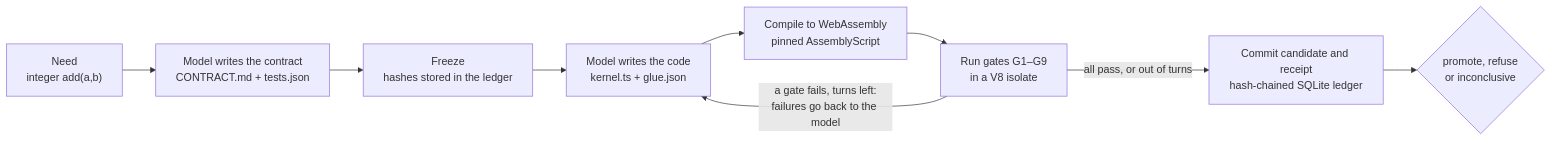
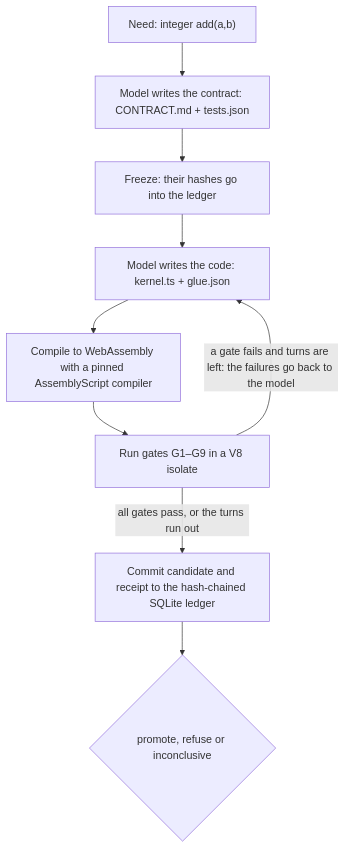
The diagram in README.md (Akilleez-QA/endoforge), drawn with Mermaid before and after one commit.

Commit message:
README: draw the loop top-down so the diagram text stays legible

````diff
--- a/README.md
+++ b/README.md
@@ -35,11 +35,11 @@
 ```mermaid
-flowchart LR
-  need["Need<br/>integer add(a,b)"] --> spec["Model writes the contract<br/>CONTRACT.md + tests.json"]
-  spec --> freeze["Freeze<br/>hashes stored in the ledger"]
-  freeze --> impl["Model writes the code<br/>kernel.ts + glue.json"]
-  impl --> compile["Compile to WebAssembly<br/>pinned AssemblyScript"]
-  compile --> gates["Run gates G1–G9<br/>in a V8 isolate"]
-  gates -- "a gate fails, turns left:<br/>failures go back to the model" --> impl
-  gates -- "all pass, or out of turns" --> commit["Commit candidate and receipt<br/>hash-chained SQLite ledger"]
-  commit --> decision{"promote, refuse<br/>or inconclusive"}
+flowchart TD
+  need["Need: integer add(a,b)"] --> spec["Model writes the contract: CONTRACT.md + tests.json"]
+  spec --> freeze["Freeze: their hashes go into the ledger"]
+  freeze --> impl["Model writes the code: kernel.ts + glue.json"]
+  impl --> compile["Compile to WebAssembly with a pinned AssemblyScript compiler"]
+  compile --> gates["Run gates G1–G9 in a V8 isolate"]
+  gates -- "a gate fails and turns are left: the failures go back to the model" --> impl
+  gates -- "all gates pass, or the turns run out" --> commit["Commit candidate and receipt to the hash-chained SQLite ledger"]
+  commit --> decision{"promote, refuse or inconclusive"}
 ```
````
